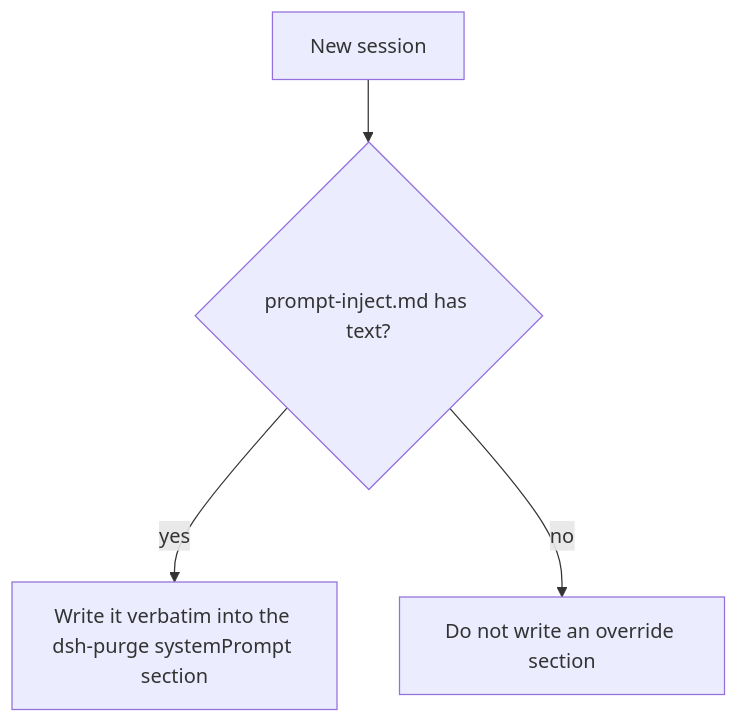
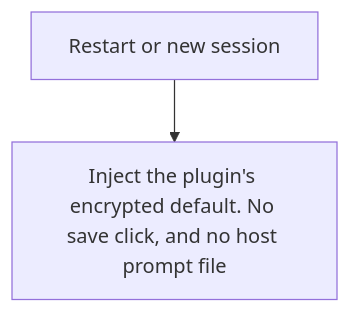
The second of 3 diagrams in README.md (89096000/dsh-purge), drawn with Mermaid before and after one commit. The commit also changed other lines of this file and 24 other files, not shown here.

````diff
--- a/README.md
+++ b/README.md
@@ -702,6 +705,4 @@
 ```mermaid
 flowchart TD
-  A["New session"] --> B{"prompt-inject.md has text?"}
-  B -->|yes| C["Write it verbatim into the dsh-purge systemPrompt section"]
-  B -->|no| D["Do not write an override section"]
+  A["Restart or new session"] --> B["Inject the plugin's encrypted default. No save click, and no host prompt file"]
 ```
````
